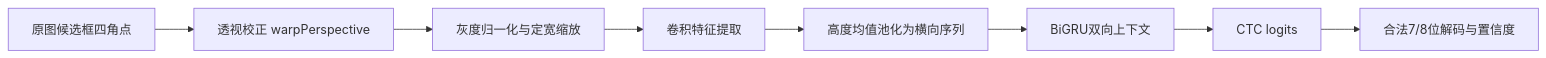
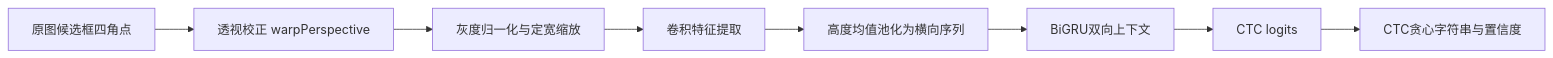
Before and after one commit to tonyswift868/license-plate-recognition: the second of 3 diagrams in docs/design/ch3-识别模型.md, drawn with Mermaid. The commit also changed other lines of this file and 7 other files, not shown here.

````diff
--- a/docs/design/ch3-识别模型.md
+++ b/docs/design/ch3-识别模型.md
@@ -37,10 +37,10 @@
 ```mermaid
 flowchart LR
   A[原图候选框四角点] --> B[透视校正 warpPerspective]
   B --> C[灰度归一化与定宽缩放]
   C --> D[卷积特征提取]
   D --> E[高度均值池化为横向序列]
   E --> F[BiGRU双向上下文]
   F --> G[CTC logits]
-  G --> H[合法7/8位解码与置信度]
+  G --> H[CTC贪心字符串与置信度]
 ```
````
